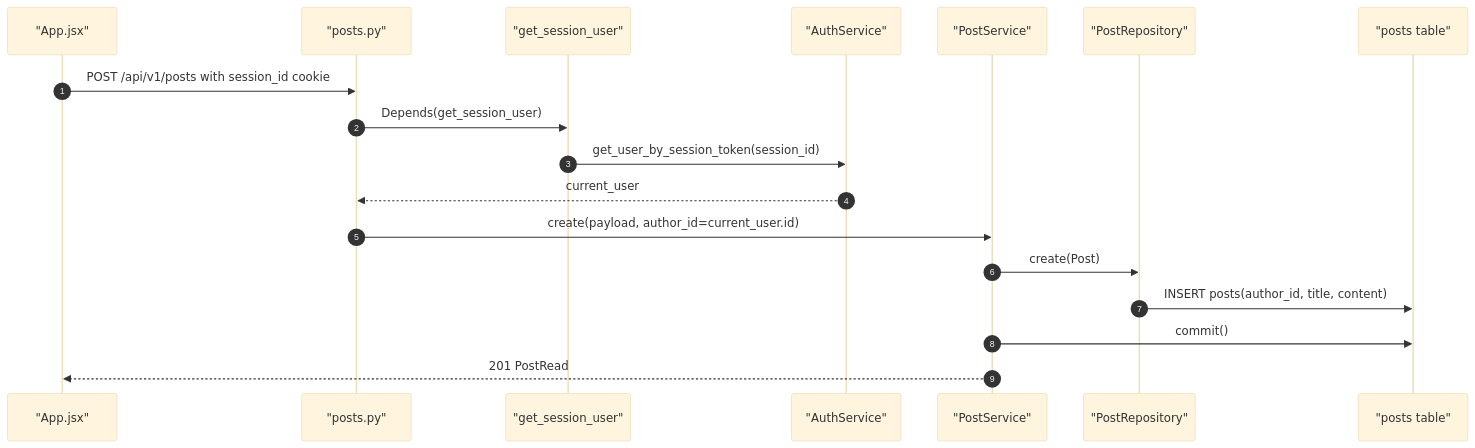
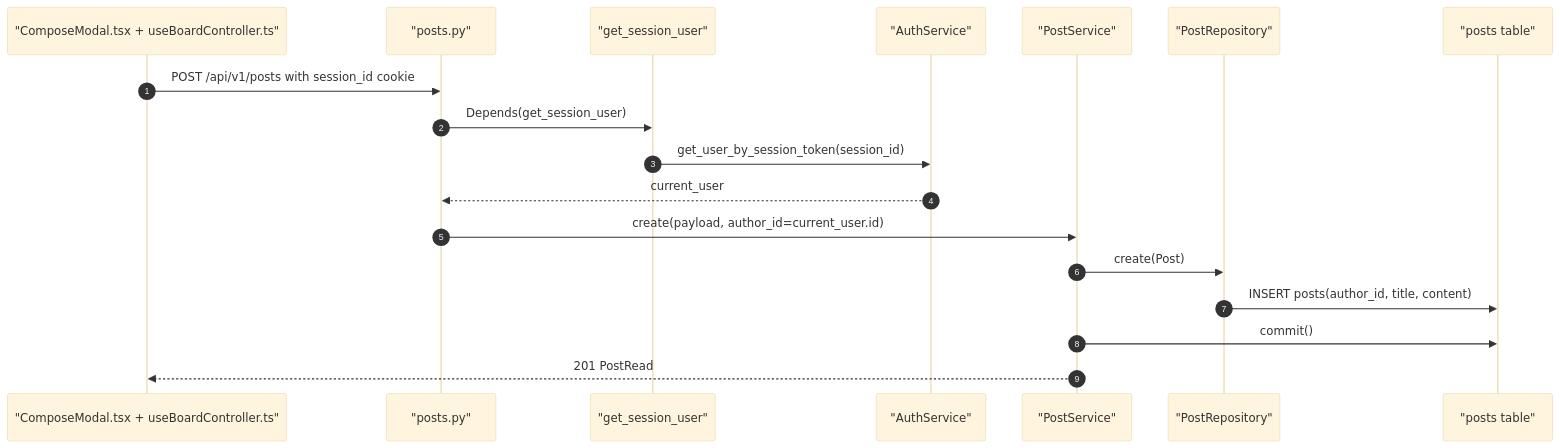
Before and after one commit to JUNGLE-TEAM1/W16_team_sprint: the seventh of 10 diagrams in docs2/sprint-2/implementation-record.md, drawn with Mermaid (base theme). The commit also changed other lines of this file and 5 other files, not shown here.

````diff
--- a/docs2/sprint-2/implementation-record.md
+++ b/docs2/sprint-2/implementation-record.md
@@ -403,21 +421,21 @@
 ```mermaid
 sequenceDiagram
     autonumber
-    participant UI as "App.jsx"
+    participant UI as "ComposeModal.tsx + useBoardController.ts"
     participant PostsAPI as "posts.py"
     participant AuthDep as "get_session_user"
     participant AuthService as "AuthService"
     participant PostService as "PostService"
     participant PostRepo as "PostRepository"
     participant DB as "posts table"
 
     UI->>PostsAPI: POST /api/v1/posts with session_id cookie
     PostsAPI->>AuthDep: Depends(get_session_user)
     AuthDep->>AuthService: get_user_by_session_token(session_id)
     AuthService-->>PostsAPI: current_user
     PostsAPI->>PostService: create(payload, author_id=current_user.id)
     PostService->>PostRepo: create(Post)
     PostRepo->>DB: INSERT posts(author_id, title, content)
     PostService->>DB: commit()
     PostService-->>UI: 201 PostRead
 ```
````
